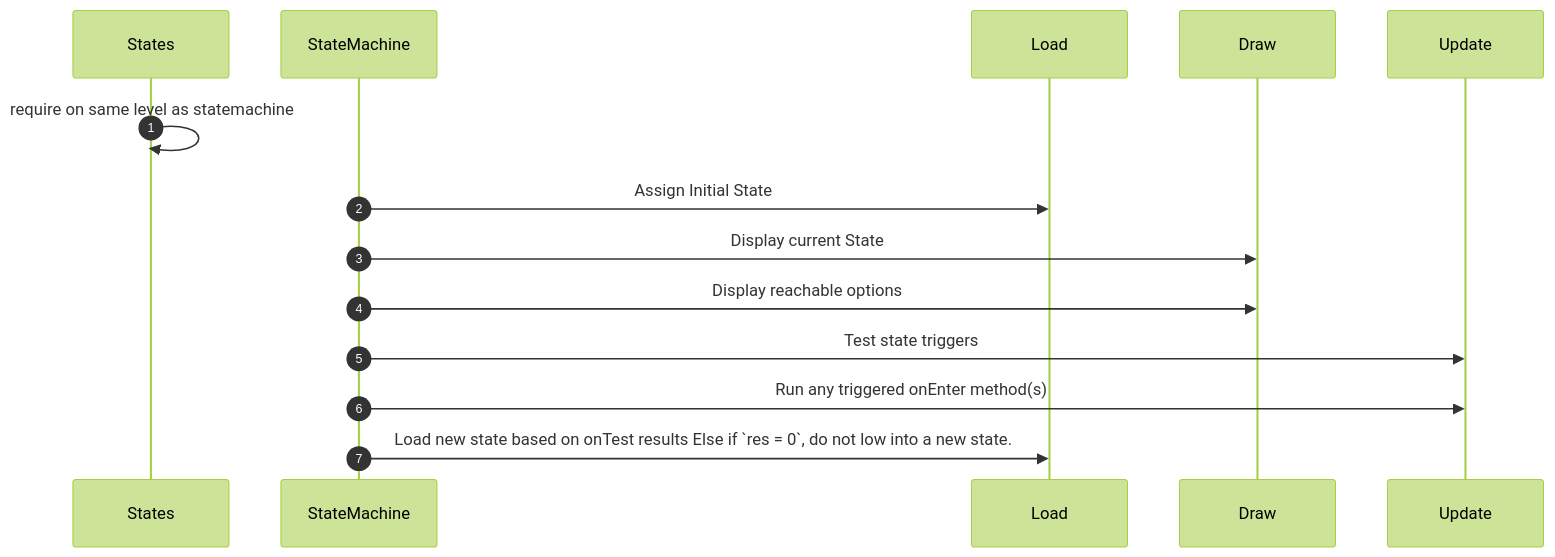
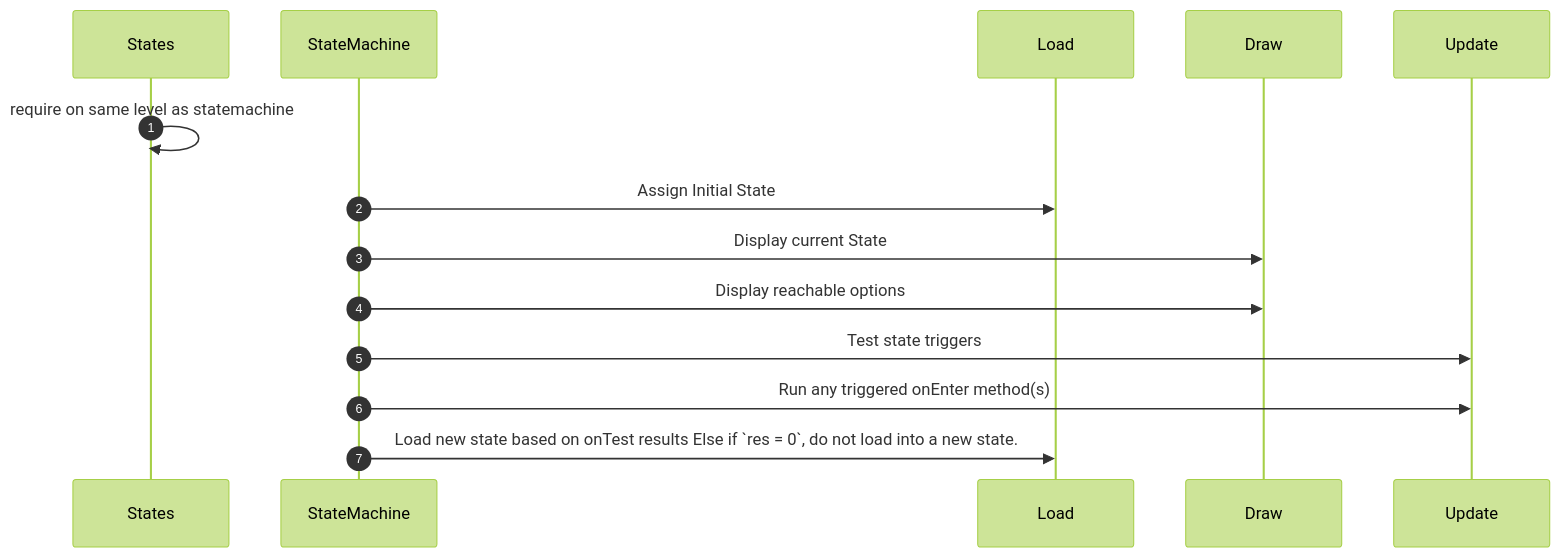
One commit to entitycs/WaMBaM changed the fifth of 5 diagrams in docs/indev.md. Above: the diagram before and after it, drawn with Mermaid (forest theme). The commit also changed other lines of this file, not shown here.

````diff
--- a/docs/indev.md
+++ b/docs/indev.md
@@ -83,13 +82,13 @@
 ```mermaid
 sequenceDiagram
     autonumber
     States->>States: require on same level as statemachine
     StateMachine->>Load: Assign Initial State
     StateMachine->>Draw: Display current State
     StateMachine->>Draw: Display reachable options
     StateMachine->>Update: Test state triggers  
     StateMachine->>Update: Run any triggered onEnter method(s)
-    StateMachine->>Load: Load new state based on onTest results Else if `res = 0`, do not low into a new state.
+    StateMachine->>Load: Load new state based on onTest results Else if `res = 0`, do not load into a new state.
  
   
 ```
````
